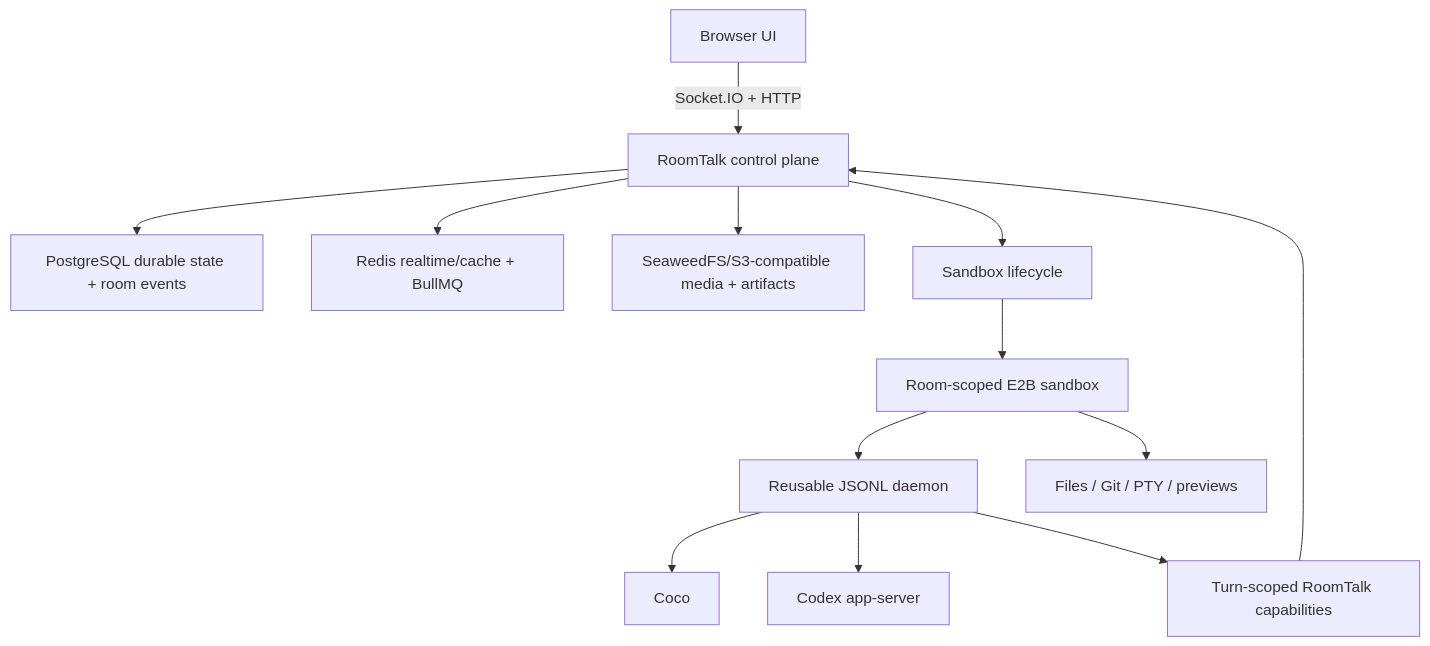
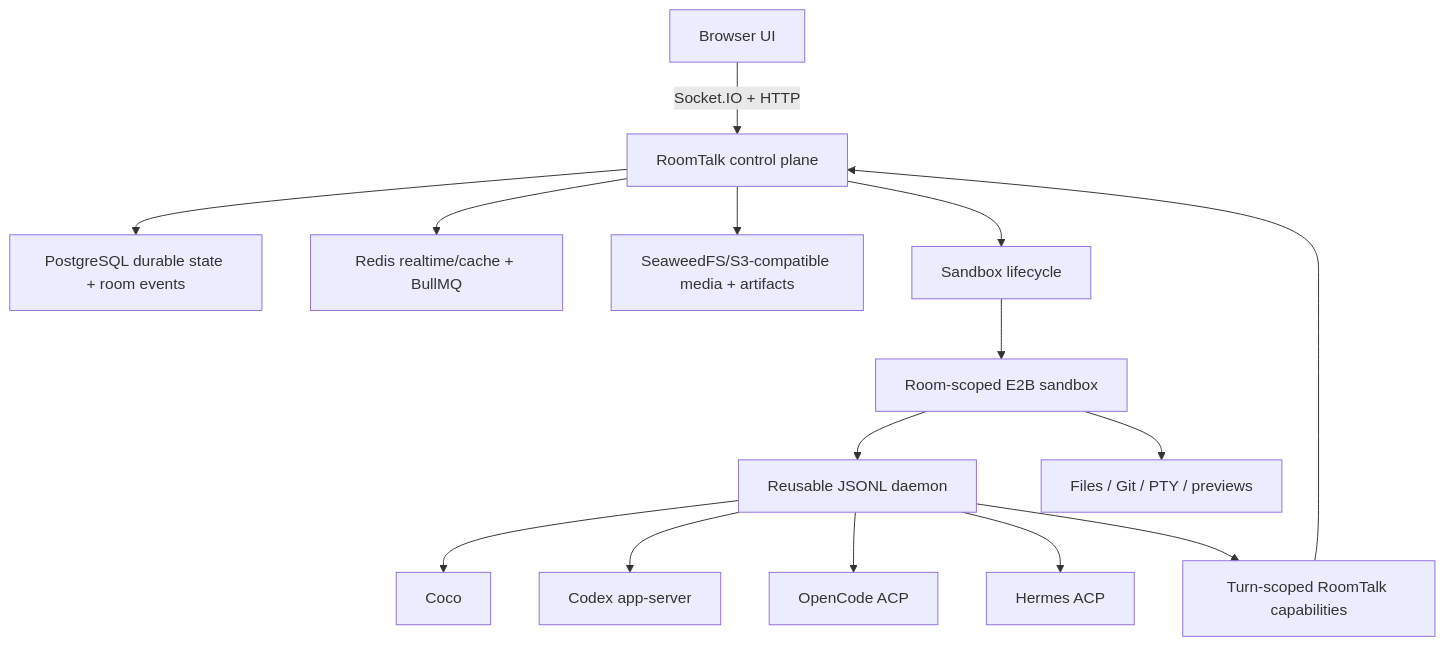
The diagram in docs/code-agent-runtime-architecture.zh.md (Skymore/roomtalk), drawn with Mermaid before and after one commit. The commit also changed other lines of this file and 39 other files, not shown here.

Commit message:
feat: add OpenCode and Hermes harness backends

````diff
--- a/docs/code-agent-runtime-architecture.zh.md
+++ b/docs/code-agent-runtime-architecture.zh.md
@@ -28,15 +29,17 @@
 ```mermaid
 flowchart TB
   UI["Browser UI"] -->|"Socket.IO + HTTP"| Node["RoomTalk control plane"]
   Node --> Durable["PostgreSQL durable state + room events"]
   Node --> Redis["Redis realtime/cache + BullMQ"]
   Node --> Objects["SeaweedFS/S3-compatible media + artifacts"]
   Node --> Lifecycle["Sandbox lifecycle"]
   Lifecycle --> E2B["Room-scoped E2B sandbox"]
   E2B --> Daemon["Reusable JSONL daemon"]
   Daemon --> Coco["Coco"]
   Daemon --> Codex["Codex app-server"]
+  Daemon --> OpenCode["OpenCode ACP"]
+  Daemon --> Hermes["Hermes ACP"]
   E2B --> Workspace["Files / Git / PTY / previews"]
   Daemon --> Broker["Turn-scoped RoomTalk capabilities"]
   Broker --> Node
 ```
````
